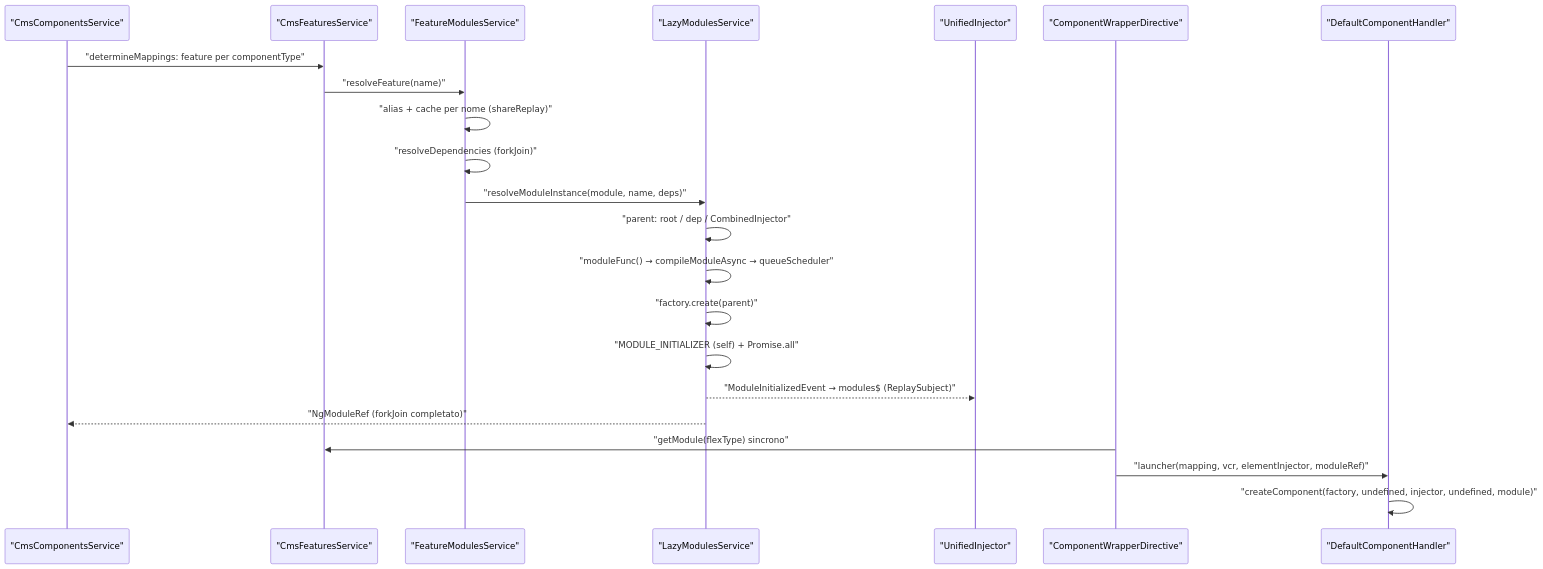
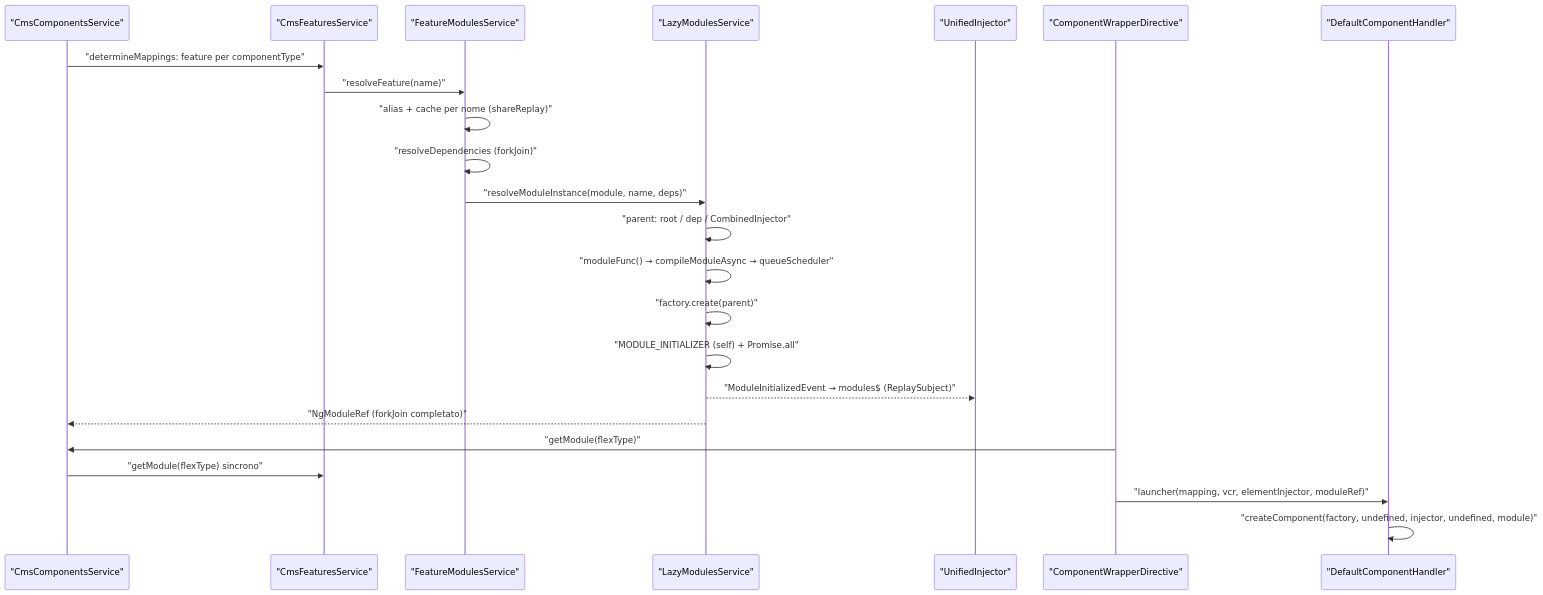
One commit to mgiuditta/spartacus changed the third of 3 diagrams in docs/spartacus-book/parte-1/03-lazy-loading.md. Above: the diagram before and after it, drawn with Mermaid. The commit also changed other lines of this file and 7 other files, not shown here.

````diff
--- a/docs/spartacus-book/parte-1/03-lazy-loading.md
+++ b/docs/spartacus-book/parte-1/03-lazy-loading.md
@@ -303,24 +303,25 @@
 ```mermaid
 sequenceDiagram
     participant CC as "CmsComponentsService"
     participant CF as "CmsFeaturesService"
     participant FM as "FeatureModulesService"
     participant LM as "LazyModulesService"
     participant UI as "UnifiedInjector"
     participant W as "ComponentWrapperDirective"
     participant H as "DefaultComponentHandler"
     CC->>CF: "determineMappings: feature per componentType"
     CF->>FM: "resolveFeature(name)"
     FM->>FM: "alias + cache per nome (shareReplay)"
     FM->>FM: "resolveDependencies (forkJoin)"
     FM->>LM: "resolveModuleInstance(module, name, deps)"
     LM->>LM: "parent: root / dep / CombinedInjector"
     LM->>LM: "moduleFunc() → compileModuleAsync → queueScheduler"
     LM->>LM: "factory.create(parent)"
     LM->>LM: "MODULE_INITIALIZER (self) + Promise.all"
     LM-->>UI: "ModuleInitializedEvent → modules$ (ReplaySubject)"
     LM-->>CC: "NgModuleRef (forkJoin completato)"
-    W->>CF: "getModule(flexType) sincrono"
+    W->>CC: "getModule(flexType)"
+    CC->>CF: "getModule(flexType) sincrono"
     W->>H: "launcher(mapping, vcr, elementInjector, moduleRef)"
     H->>H: "createComponent(factory, undefined, injector, undefined, module)"
 ```
````
